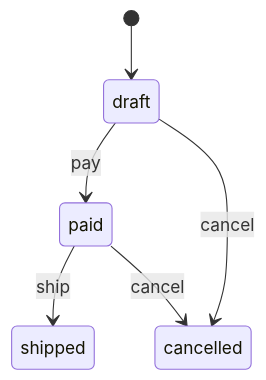
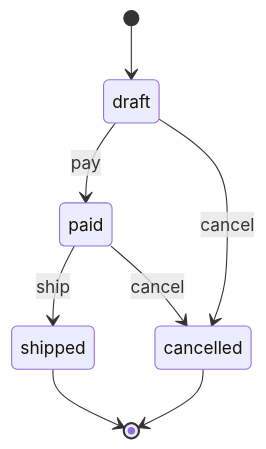
The diagram in README.md (zkrebbekx/fsmx), drawn with Mermaid before and after one commit. The commit also changed other lines of this file and 10 other files, not shown here.

````diff
--- a/README.md
+++ b/README.md
@@ -123,8 +145,10 @@
 ```mermaid
 stateDiagram-v2
   [*] --> draft
   draft --> paid: pay
   paid --> shipped: ship
   draft --> cancelled: cancel
   paid --> cancelled: cancel
+  shipped --> [*]
+  cancelled --> [*]
 ```
````
